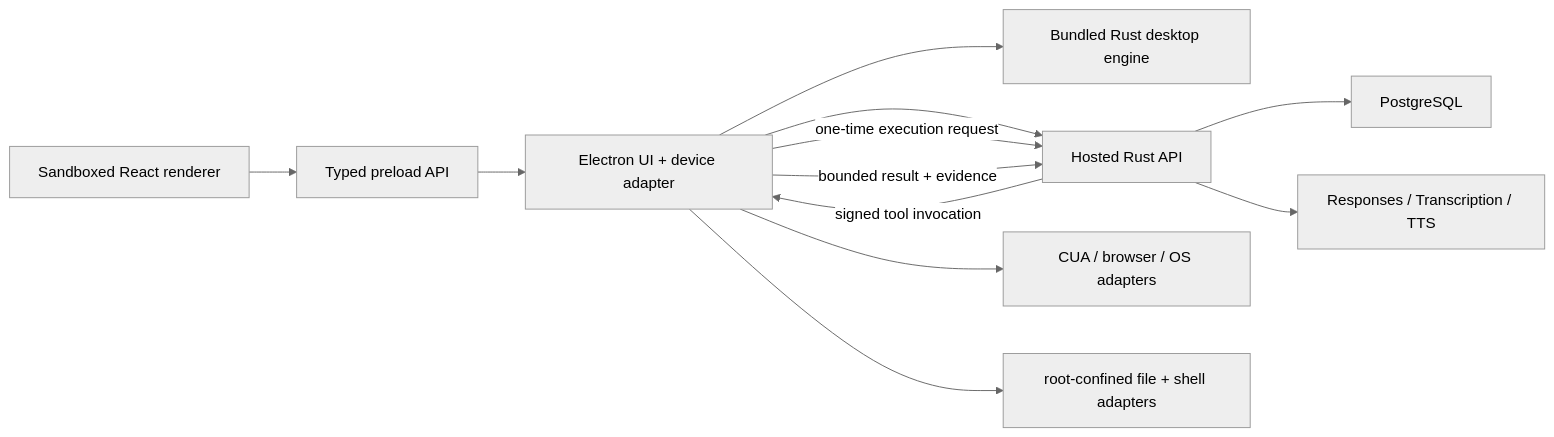
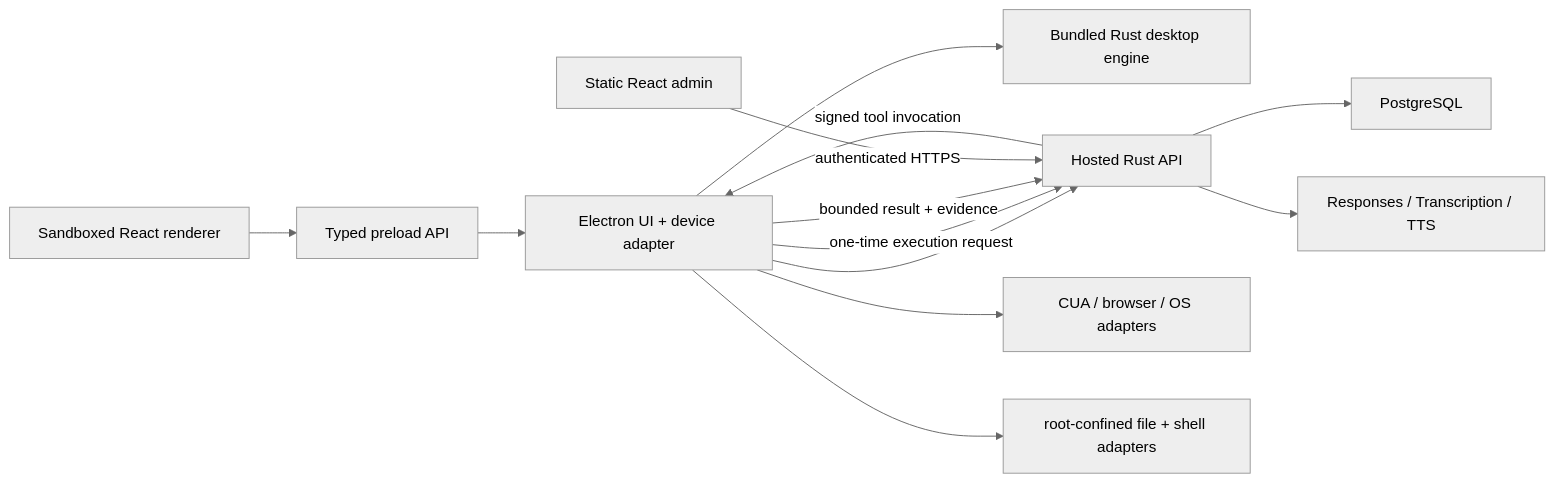
Before and after one commit to ducnguyen67201/asdfaefqwefq: the diagram in docs/architecture.md, drawn with Mermaid (neutral theme). The commit also changed other lines of this file and 44 other files, not shown here.

Commit message:
feat(admin): migrate dashboard to React

````diff
--- a/docs/architecture.md
+++ b/docs/architecture.md
@@ -23,14 +26,15 @@
 ```mermaid
 flowchart LR
     UI["Sandboxed React renderer"] --> PRELOAD["Typed preload API"]
     PRELOAD --> MAIN["Electron UI + device adapter"]
     MAIN --> SIDECAR["Bundled Rust desktop engine"]
     MAIN --> API["Hosted Rust API"]
     API --> PG["PostgreSQL"]
     API --> PROVIDERS["Responses / Transcription / TTS"]
     API -->|"signed tool invocation"| MAIN
     MAIN -->|"one-time execution request"| API
     MAIN --> CUA["CUA / browser / OS adapters"]
     MAIN --> WORKSPACE["root-confined file + shell adapters"]
     MAIN -->|"bounded result + evidence"| API
+    ADMIN["Static React admin"] -->|"authenticated HTTPS"| API
 ```
````
